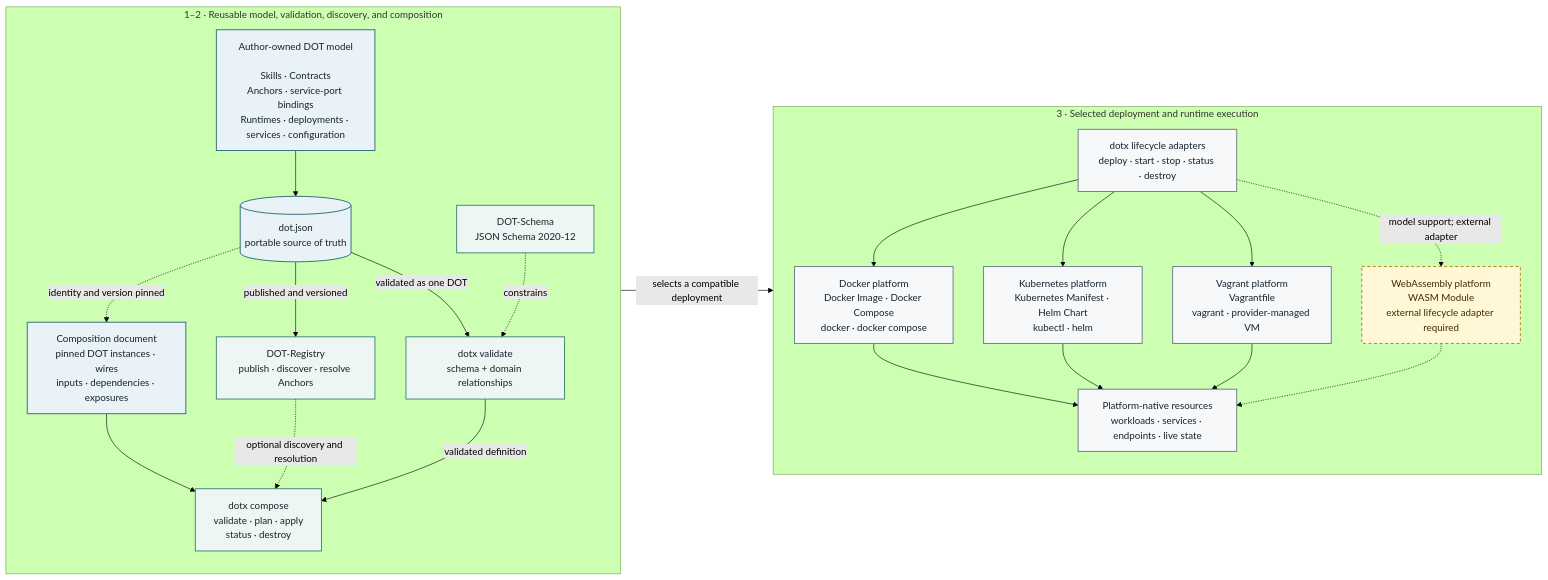
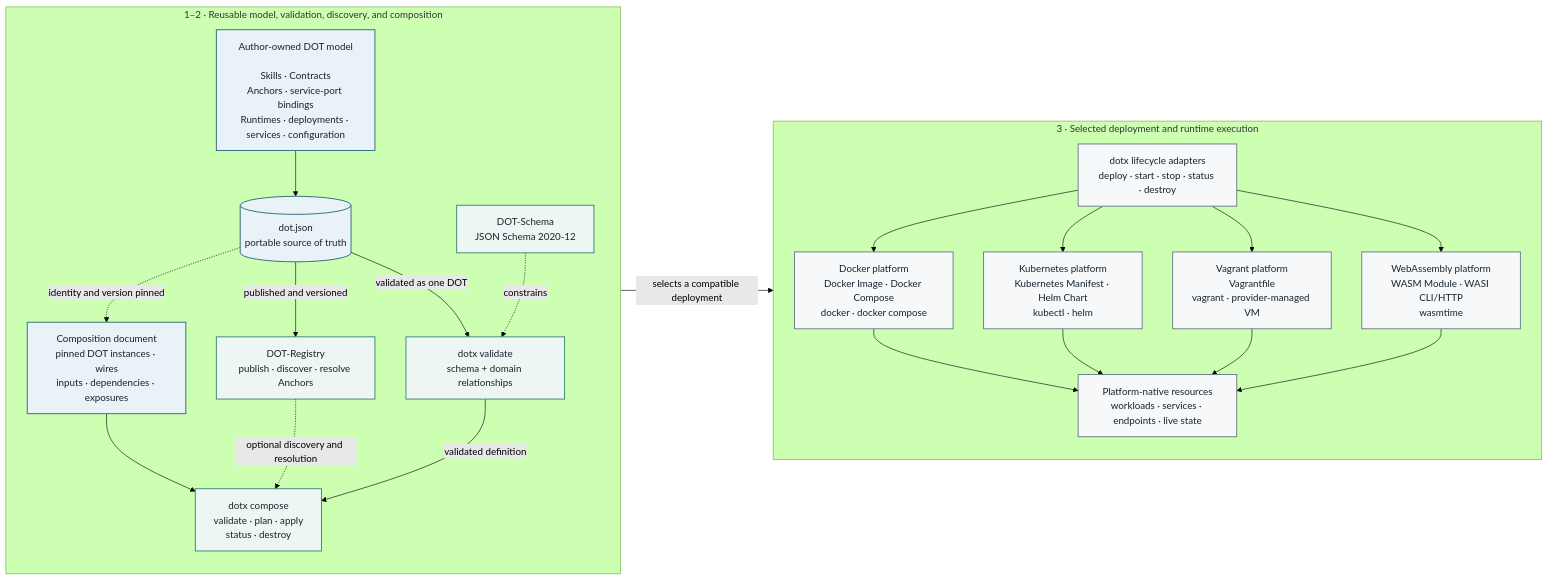
One commit to MARE-EU-Project/DOT-Docs changed the diagram in DOT-Design/0.1.0/dot-design/_attachments/diagrams/dot-system-context.mmd. Above: the diagram before and after it, drawn with Mermaid (forest theme). The commit also changed 10 other files, not shown here.

```diff
--- a/DOT-Design/0.1.0/dot-design/_attachments/diagrams/dot-system-context.mmd
+++ b/DOT-Design/0.1.0/dot-design/_attachments/diagrams/dot-system-context.mmd
@@ -1,52 +1,51 @@
 flowchart LR
   accTitle: DOT-Design system context and supported runtime mappings
-  accDescr: DOT authors combine capabilities, contracts, anchors, service bindings, configuration, and runtime declarations in dot.json. DOT-Schema and dotx validate the reusable definition, DOT-Registry publishes and resolves it, and a separate composition pins instances and wires. The dotx lifecycle layer deploys Docker images, Docker Compose, Kubernetes manifests, Helm charts, and Vagrantfiles. WebAssembly modules are represented by the domain model but require an external lifecycle adapter.
+  accDescr: DOT authors combine capabilities, contracts, anchors, service bindings, configuration, and runtime declarations in dot.json. DOT-Schema and dotx validate the reusable definition, DOT-Registry publishes and resolves it, and a separate composition pins instances and wires. The dotx lifecycle layer deploys Docker images, Docker Compose, Kubernetes manifests, Helm charts, Vagrantfiles, and SHA-256-pinned WebAssembly modules through Wasmtime and WASI.
 
   subgraph DesignTime["1–2 · Reusable model, validation, discovery, and composition"]
     direction TB
     Authored["Author-owned DOT model<br/><br/>Skills · Contracts<br/>Anchors · service-port bindings<br/>Runtimes · deployments · services · configuration"]
     Dot[("dot.json<br/>portable source of truth")]
     Authored --> Dot
 
     Schema["DOT-Schema<br/>JSON Schema 2020-12"] -.->|constrains| Validation["dotx validate<br/>schema + domain relationships"]
     Registry["DOT-Registry<br/>publish · discover · resolve Anchors"]
     Document["Composition document<br/>pinned DOT instances · wires<br/>inputs · dependencies · exposures"]
     Compose["dotx compose<br/>validate · plan · apply<br/>status · destroy"]
 
     Dot -->|validated as one DOT| Validation
     Dot -->|published and versioned| Registry
     Dot -.->|identity and version pinned| Document
     Document --> Compose
     Validation -->|validated definition| Compose
     Registry -.->|optional discovery and resolution| Compose
   end
 
   subgraph Execution["3 · Selected deployment and runtime execution"]
     direction TB
     Adapters["dotx lifecycle adapters<br/>deploy · start · stop · status · destroy"]
     Docker["Docker platform<br/>Docker Image · Docker Compose<br/>docker · docker compose"]
     Kubernetes["Kubernetes platform<br/>Kubernetes Manifest · Helm Chart<br/>kubectl · helm"]
     Vagrant["Vagrant platform<br/>Vagrantfile<br/>vagrant · provider-managed VM"]
-    Wasm["WebAssembly platform<br/>WASM Module<br/>external lifecycle adapter required"]
+    Wasm["WebAssembly platform<br/>WASM Module · WASI CLI/HTTP<br/>wasmtime"]
     Native["Platform-native resources<br/>workloads · services · endpoints · live state"]
 
     Adapters --> Docker
     Adapters --> Kubernetes
     Adapters --> Vagrant
-    Adapters -.->|model support; external adapter| Wasm
+    Adapters --> Wasm
     Docker --> Native
     Kubernetes --> Native
     Vagrant --> Native
-    Wasm -.-> Native
+    Wasm --> Native
   end
 
   DesignTime -->|selects a compatible deployment| Execution
 
   classDef artifact fill:#e8f2f7,stroke:#2b6777,color:#17232d,stroke-width:1.5px;
   classDef service fill:#eef6f3,stroke:#39826f,color:#17232d,stroke-width:1.5px;
   classDef runtime fill:#f6f8fa,stroke:#687887,color:#17232d,stroke-width:1.5px;
   classDef pending fill:#fff7d6,stroke:#b7791f,color:#3d2b0a,stroke-width:1.5px,stroke-dasharray:5 4;
   class Authored,Dot,Document artifact;
   class Schema,Validation,Registry,Compose service;
-  class Adapters,Docker,Kubernetes,Vagrant,Native runtime;
-  class Wasm pending;
+  class Adapters,Docker,Kubernetes,Vagrant,Wasm,Native runtime;
```
